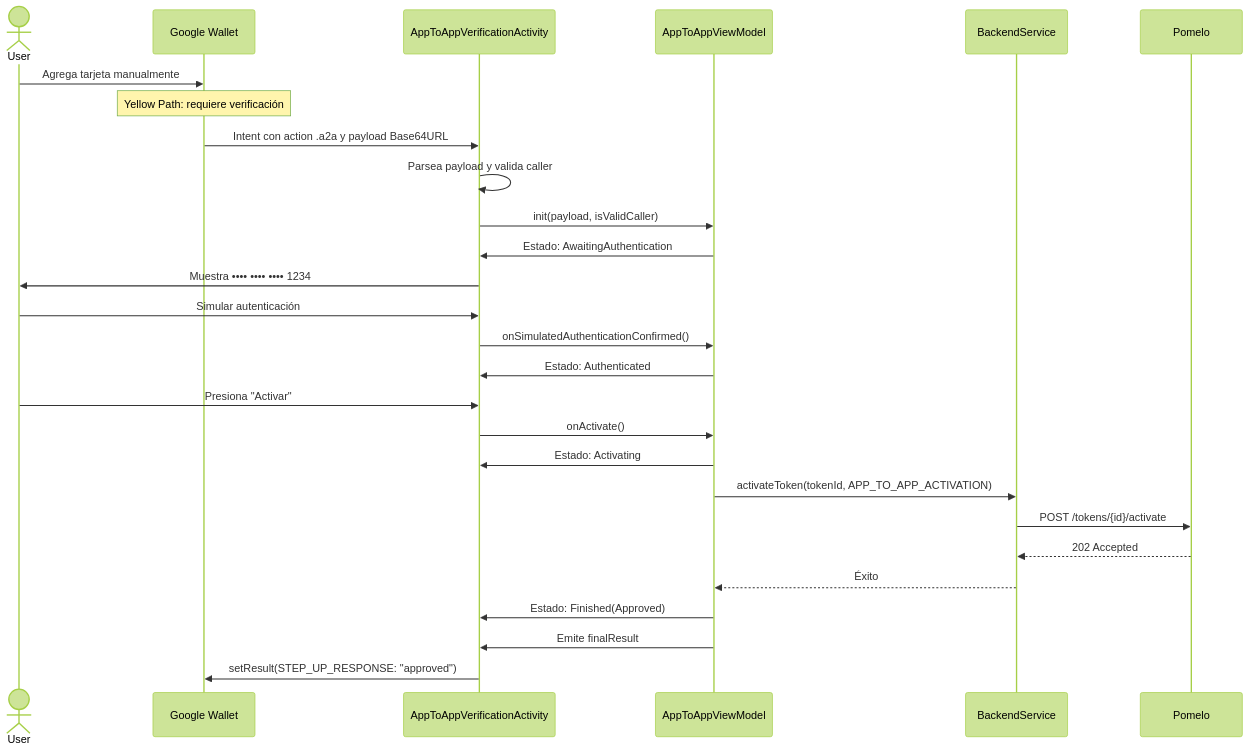
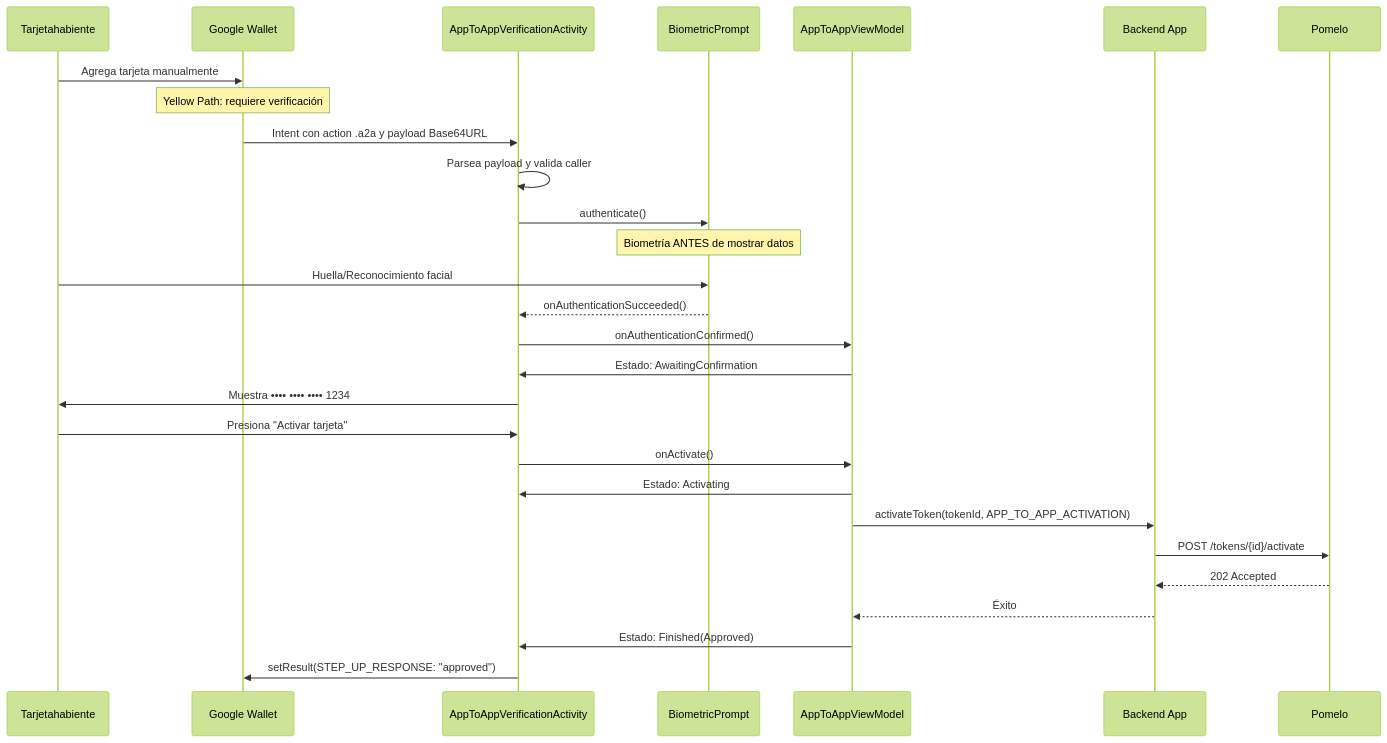
The fourth of 4 diagrams in example-android-app-google-upp/app/README.md (pomelo-la/example-sdk-android-tokenization), drawn with Mermaid (forest theme) before and after one commit. The commit also changed other lines of this file and 16 other files, not shown here.

````diff
--- a/example-android-app-google-upp/app/README.md
+++ b/example-android-app-google-upp/app/README.md
@@ -175,30 +176,31 @@
 ```mermaid
 sequenceDiagram
-    actor User
+    participant User as Tarjetahabiente
     participant GW as Google Wallet
     participant A2A as AppToAppVerificationActivity
+    participant Bio as BiometricPrompt
     participant VM as AppToAppViewModel
-    participant BS as BackendService
+    participant Backend as Backend App
     participant Pomelo as Pomelo
 
     User->>GW: Agrega tarjeta manualmente
     Note over GW: Yellow Path: requiere verificación
     GW->>A2A: Intent con action .a2a y payload Base64URL
     A2A->>A2A: Parsea payload y valida caller
-    A2A->>VM: init(payload, isValidCaller)
-    VM->>A2A: Estado: AwaitingAuthentication
+    A2A->>Bio: authenticate()
+    Note over Bio: Biometría ANTES de mostrar datos
+    User->>Bio: Huella/Reconocimiento facial
+    Bio-->>A2A: onAuthenticationSucceeded()
+    A2A->>VM: onAuthenticationConfirmed()
+    VM->>A2A: Estado: AwaitingConfirmation
     A2A->>User: Muestra •••• •••• •••• 1234
-    User->>A2A: Simular autenticación
-    A2A->>VM: onSimulatedAuthenticationConfirmed()
-    VM->>A2A: Estado: Authenticated
-    User->>A2A: Presiona "Activar"
+    User->>A2A: Presiona "Activar tarjeta"
     A2A->>VM: onActivate()
     VM->>A2A: Estado: Activating
-    VM->>BS: activateToken(tokenId, APP_TO_APP_ACTIVATION)
-    BS->>Pomelo: POST /tokens/{id}/activate
-    Pomelo-->>BS: 202 Accepted
-    BS-->>VM: Éxito
+    VM->>Backend: activateToken(tokenId, APP_TO_APP_ACTIVATION)
+    Backend->>Pomelo: POST /tokens/{id}/activate
+    Pomelo-->>Backend: 202 Accepted
+    Backend-->>VM: Éxito
     VM->>A2A: Estado: Finished(Approved)
-    VM->>A2A: Emite finalResult
     A2A->>GW: setResult(STEP_UP_RESPONSE: "approved")
 ```
````
